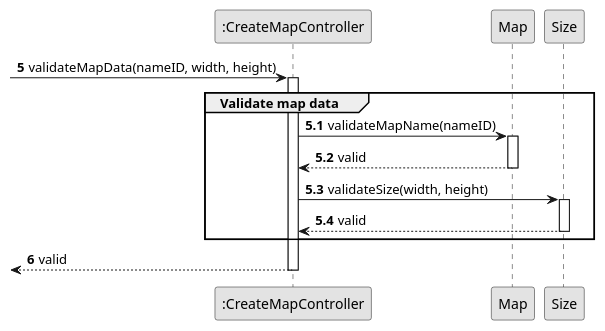
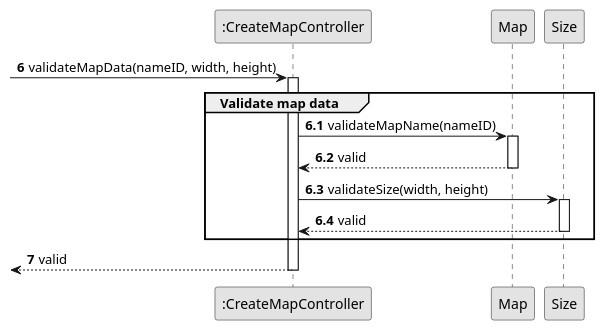
One commit to HenriqueSilva18/Railway-Network-Simulator changed the diagram in docs/system-documentation/Sprint 2/US01/03.design/puml/US01-SD-validate-map-data.puml. Above: the diagram before and after it, drawn with PlantUML. The commit also changed 23 other files, not shown here.

```diff
--- a/docs/system-documentation/Sprint 2/US01/03.design/puml/US01-SD-validate-map-data.puml
+++ b/docs/system-documentation/Sprint 2/US01/03.design/puml/US01-SD-validate-map-data.puml
@@ -1,31 +1,31 @@
 @startuml
 skinparam monochrome true
 skinparam packageStyle rectangle
 skinparam shadowing false
 
 autonumber
 
 participant ":CreateMapController" as CTRL
 participant "Map" as MAP
 participant "Size" as SIZE
 
-autonumber 5
+autonumber 6
 -> CTRL: validateMapData(nameID, width, height)
         activate CTRL
-        autonumber 5.1
+        autonumber 6.1
         group Validate map data
             CTRL -> MAP: validateMapName(nameID)
             activate MAP
                 MAP --> CTRL: valid
             deactivate MAP
             
             CTRL -> SIZE: validateSize(width, height)
             activate SIZE
                 SIZE --> CTRL: valid
             deactivate SIZE
         end
-        autonumber 6
+        autonumber 7
         <-- CTRL: valid
 deactivate CTRL
 
 @enduml 
```
